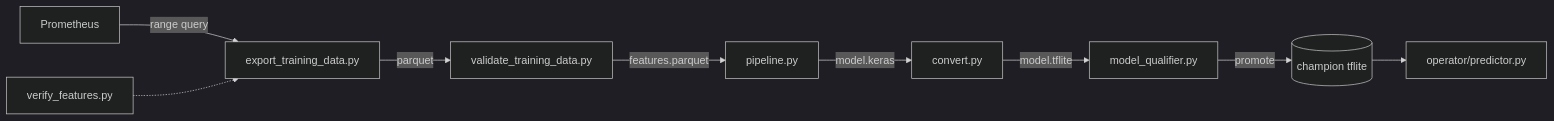
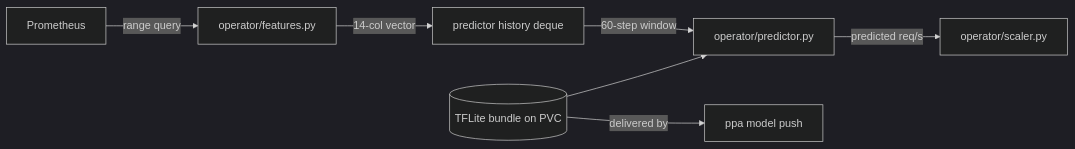
Before and after one commit to VatsalUmrania/predictive_pod_autoscaler: the third of 4 diagrams in ARCHITECTURE.md, drawn with Mermaid (dark theme). The commit also changed other lines of this file and 45 other files, not shown here.

Commit message:
refactor: remove legacy local model training, retraining, and dataflow components in favor of centralized model plane orchestration

````diff
--- a/ARCHITECTURE.md
+++ b/ARCHITECTURE.md
@@ -365,11 +356,9 @@
 ```mermaid
 flowchart LR
-    Prom[Prometheus] -->|range query| Export[export_training_data.py]
-    Export -->|parquet| Validate[validate_training_data.py]
-    Validate -->|features.parquet| Train[pipeline.py]
-    Train -->|model.keras| Convert[convert.py]
-    Convert -->|model.tflite| Qualify[model_qualifier.py]
-    Qualify -->|promote| Champion[(champion tflite)]
-    Champion --> Predictor[operator/predictor.py]
-    Verify[verify_features.py] -.-> Export
+    Prom[Prometheus] -->|range query| Features[operator/features.py]
+    Features -->|14-col vector| History[predictor history deque]
+    History -->|60-step window| Predictor[operator/predictor.py]
+    Bundle[(TFLite bundle on PVC)] --> Predictor
+    Predictor -->|predicted req/s| Scaler[operator/scaler.py]
+    Bundle -->|delivered by| Push[ppa model push]
 ```
````
